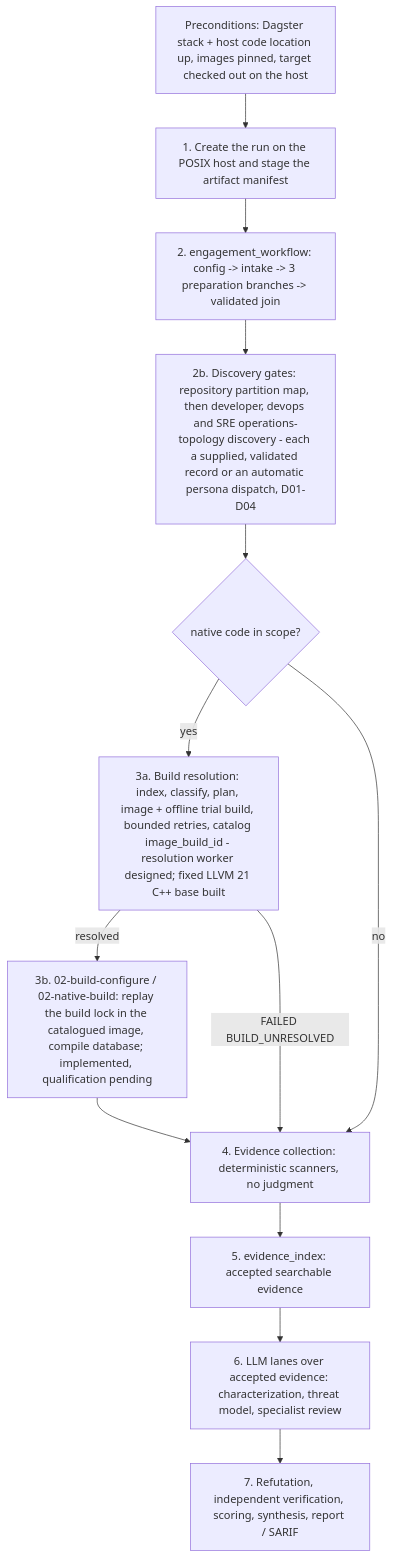
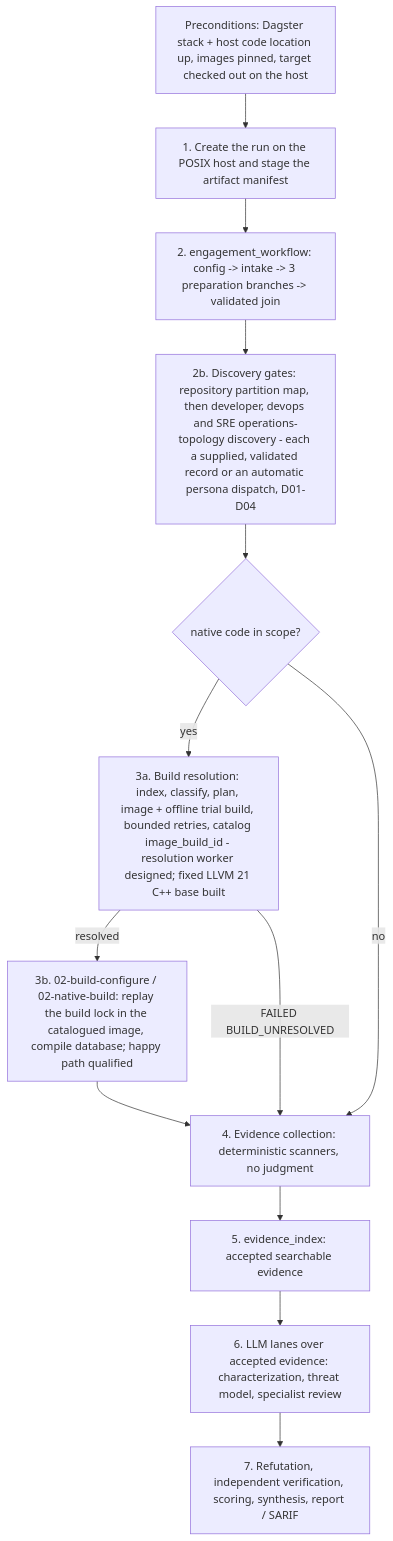
One commit to wsollers/appsec-review changed the diagram in docs/processes/engagement-start.md. Above: the diagram before and after it, drawn with Mermaid. The commit also changed other lines of this file and 19 other files, not shown here.

Commit message:
Qualify build replay and source SAST happy path

````diff
--- a/docs/processes/engagement-start.md
+++ b/docs/processes/engagement-start.md
@@ -16,15 +16,15 @@
 ```mermaid
 flowchart TD
   P0[Preconditions: Dagster stack + host code location up, images pinned, target checked out on the host] --> S1
   S1[1. Create the run on the POSIX host and stage the artifact manifest] --> S2
   S2[2. engagement_workflow: config -> intake -> 3 preparation branches -> validated join] --> S2b
   S2b[2b. Discovery gates: repository partition map, then developer, devops and SRE operations-topology discovery - each a supplied, validated record or an automatic persona dispatch, D01-D04] --> G1{native code in scope?}
   G1 -- yes --> S3a[3a. Build resolution: index, classify, plan, image + offline trial build, bounded retries, catalog image_build_id - resolution worker designed; fixed LLVM 21 C++ base built]
-  S3a -- resolved --> S3[3b. 02-build-configure / 02-native-build: replay the build lock in the catalogued image, compile database; implemented, qualification pending]
+  S3a -- resolved --> S3[3b. 02-build-configure / 02-native-build: replay the build lock in the catalogued image, compile database; happy path qualified]
   S3a -- FAILED BUILD_UNRESOLVED --> S4
   G1 -- no --> S4
   S3 --> S4[4. Evidence collection: deterministic scanners, no judgment]
   S4 --> S5[5. evidence_index: accepted searchable evidence]
   S5 --> S6[6. LLM lanes over accepted evidence: characterization, threat model, specialist review]
   S6 --> S7[7. Refutation, independent verification, scoring, synthesis, report / SARIF]
 ```
````
